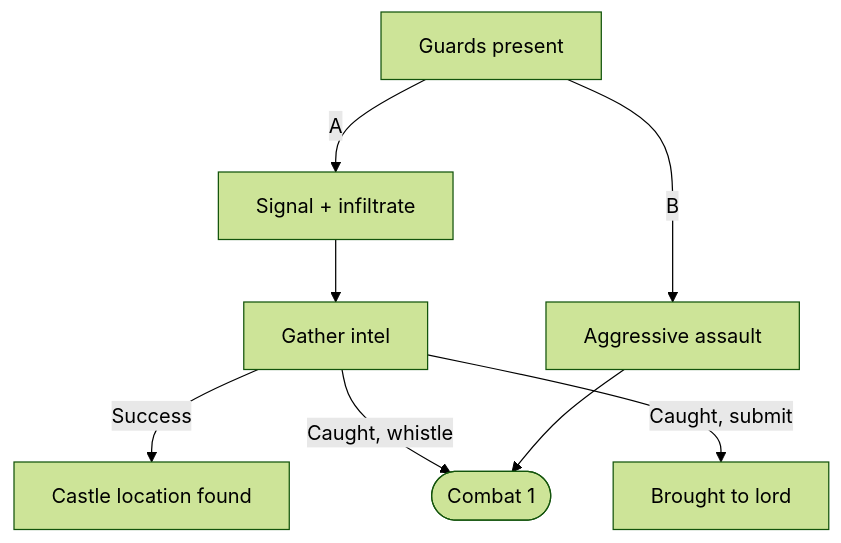
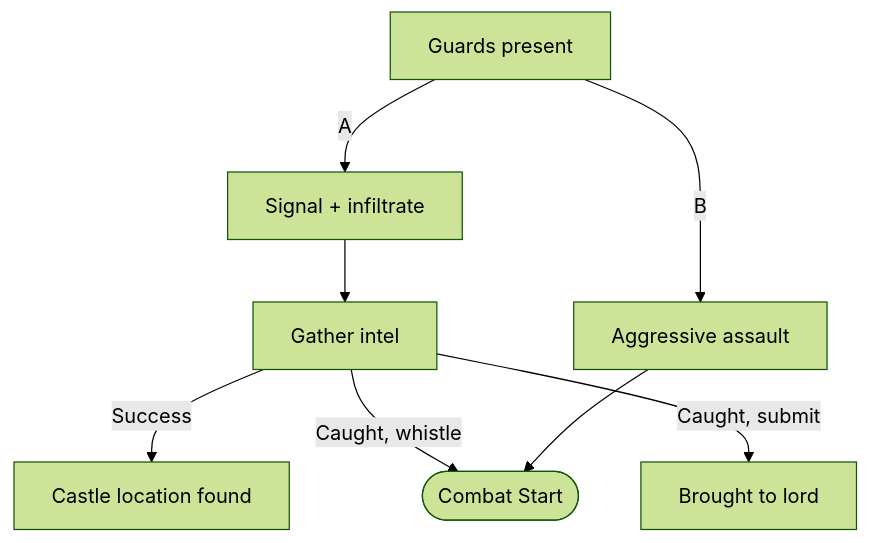
One commit to Kitick/Anthro changed the sixth of 11 diagrams in Lore/Scenes/Intros/Elias.md. Above: the diagram before and after it, drawn with Mermaid (forest theme). The commit also changed other lines of this file, not shown here.

Commit message:
collapsed combat 1 and 3 to one node

````diff
--- a/Lore/Scenes/Intros/Elias.md
+++ b/Lore/Scenes/Intros/Elias.md
@@ -136,12 +135,12 @@
 ```mermaid
 flowchart TD
     Scen1[Guards present] -->|A| S1A[Signal + infiltrate]
     Scen1 -->|B| S1B[Aggressive assault]
 
     S1A --> S1A_Obj[Gather intel]
     S1A_Obj -->|Success| S1A_Success[Castle location found]
-    S1A_Obj -->|Caught, whistle| Combat1([Combat 1])
+    S1A_Obj -->|Caught, whistle| CombatStart([Combat Start])
     S1A_Obj -->|Caught, submit| S1A_Submit[Brought to lord]
 
-    S1B --> Combat1
+    S1B --> CombatStart
 ```
````
